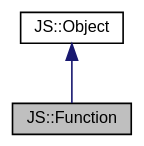
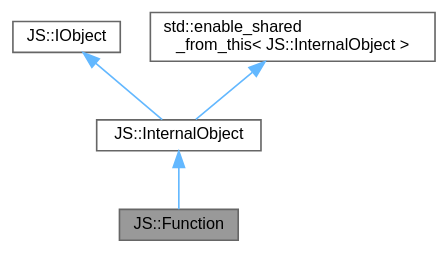
The diagram in classJS_1_1Function__coll__graph.dot (JS-CMP/JS-CMP), drawn with Graphviz before and after one commit. The commit also changed 561 other files, not shown here.

```diff
--- a/classJS_1_1Function__coll__graph.dot
+++ b/classJS_1_1Function__coll__graph.dot
@@ -1,10 +1,14 @@
 digraph "JS::Function"
 {
  // LATEX_PDF_SIZE
   bgcolor="transparent";
-  edge [fontname="Helvetica",fontsize="10",labelfontname="Helvetica",labelfontsize="10"];
-  node [fontname="Helvetica",fontsize="10",shape=record];
-  Node1 [label="JS::Function",height=0.2,width=0.4,color="black", fillcolor="grey75", style="filled", fontcolor="black",tooltip="Represents a JavaScript-like function object in C++."];
-  Node2 -> Node1 [dir="back",color="midnightblue",fontsize="10",style="solid",fontname="Helvetica"];
-  Node2 [label="JS::Object",height=0.2,width=0.4,color="black",URL="$classJS_1_1Object.html",tooltip="Represents a JavaScript-like object in C++."];
+  edge [fontname=Helvetica,fontsize=10,labelfontname=Helvetica,labelfontsize=10];
+  node [fontname=Helvetica,fontsize=10,shape=box,height=0.2,width=0.4];
+  Node1 [id="Node000001",label="JS::Function",height=0.2,width=0.4,color="gray40", fillcolor="grey60", style="filled", fontcolor="black",tooltip="Represents a JavaScript-like function object in C++."];
+  Node2 -> Node1 [id="edge1_Node000001_Node000002",dir="back",color="steelblue1",style="solid",tooltip=" "];
+  Node2 [id="Node000002",label="JS::InternalObject",height=0.2,width=0.4,color="gray40", fillcolor="white", style="filled",URL="$classJS_1_1InternalObject.html",tooltip="Represents a base object for all JavaScript-like objects in C++."];
+  Node3 -> Node2 [id="edge2_Node000002_Node000003",dir="back",color="steelblue1",style="solid",tooltip=" "];
+  Node3 [id="Node000003",label="JS::IObject",height=0.2,width=0.4,color="gray40", fillcolor="white", style="filled",URL="$classJS_1_1IObject.html",tooltip="Represents a base object for all JavaScript-like objects in C++."];
+  Node4 -> Node2 [id="edge3_Node000002_Node000004",dir="back",color="steelblue1",style="solid",tooltip=" "];
+  Node4 [id="Node000004",label="std::enable_shared\l_from_this\< JS::InternalObject \>",height=0.2,width=0.4,color="gray40", fillcolor="white", style="filled",tooltip=" "];
 }
```
